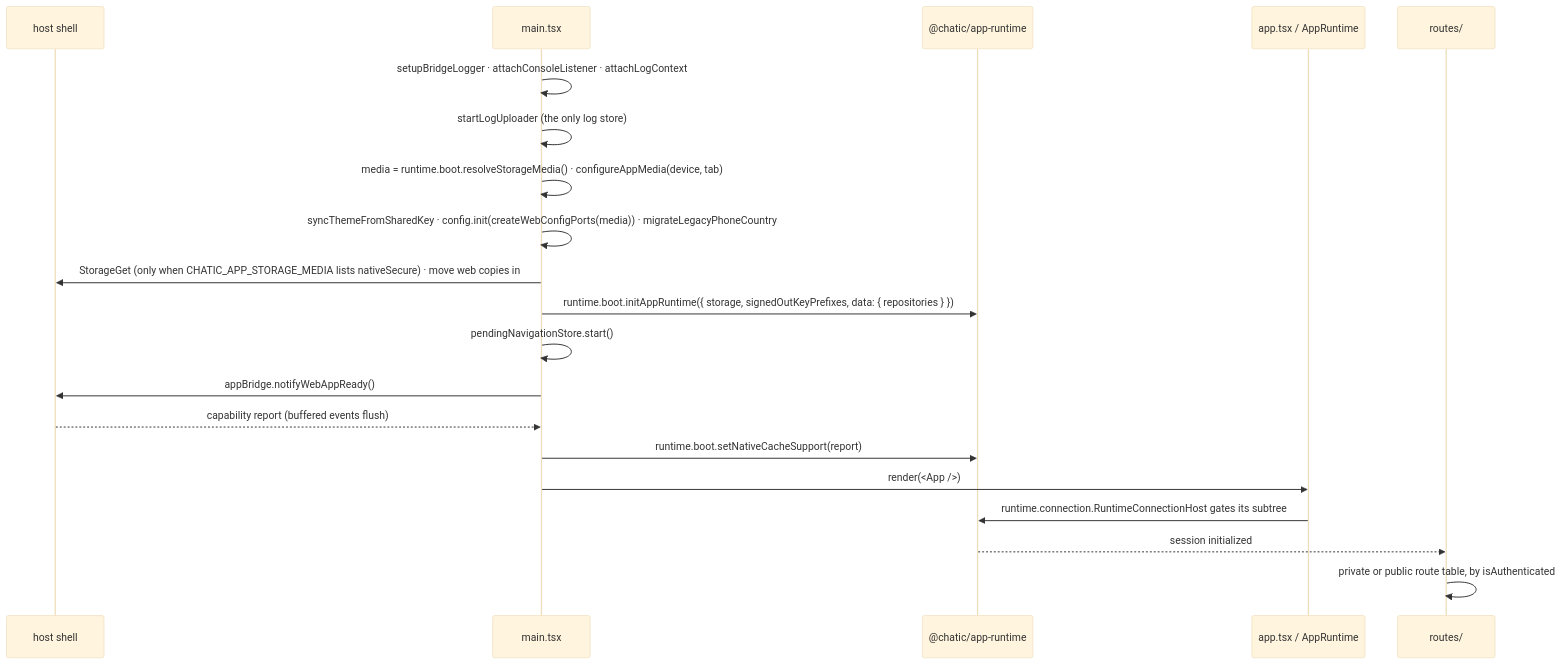
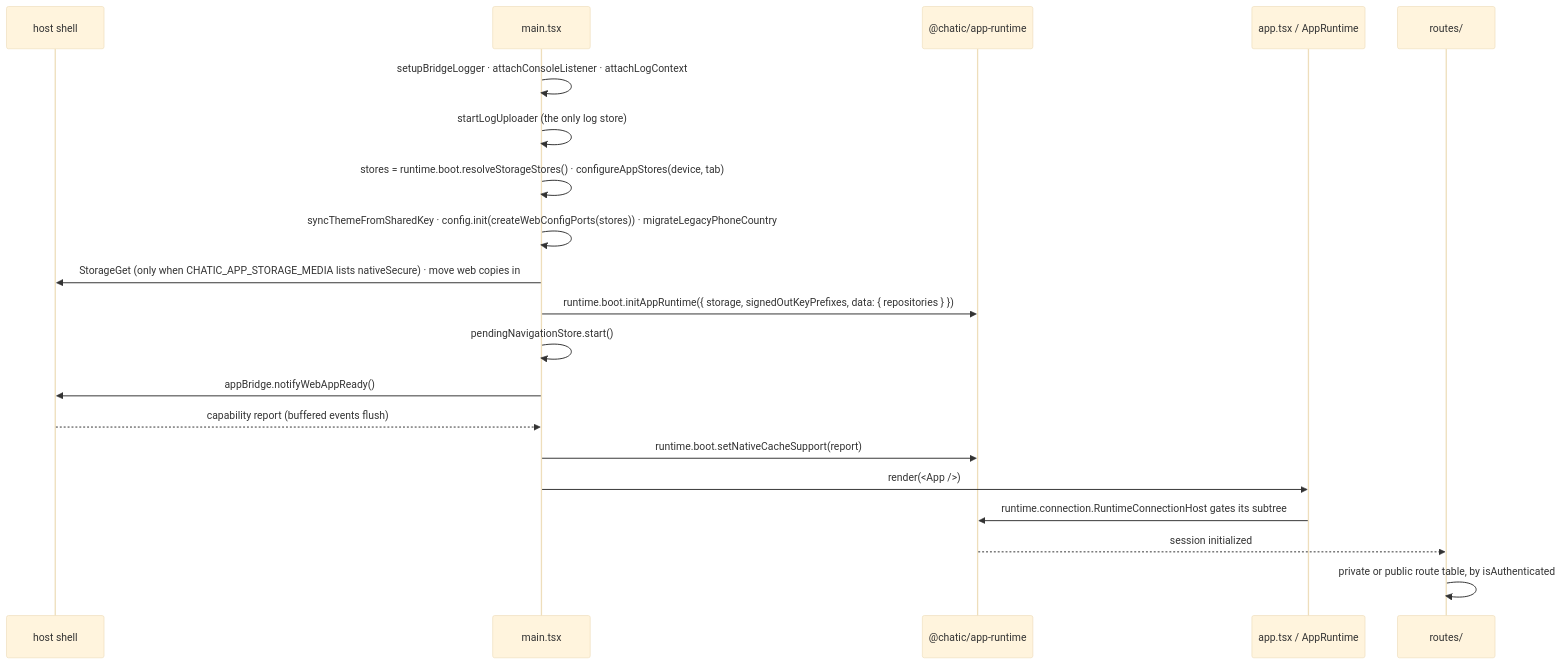
The second of 2 diagrams in apps/web/README.md (lemoncloud-io/dou-app), drawn with Mermaid (base theme) before and after one commit. The commit also changed other lines of this file and 158 other files, not shown here.

First line of the commit message:
refactor(storage): call the key-value backings stores, not media

````diff
--- a/apps/web/README.md
+++ b/apps/web/README.md
@@ -146,23 +146,23 @@
 ```mermaid
 sequenceDiagram
     participant Shell as host shell
     participant Main as main.tsx
     participant RT as @chatic/app-runtime
     participant App as app.tsx / AppRuntime
     participant Router as routes/
 
     Main->>Main: setupBridgeLogger · attachConsoleListener · attachLogContext
     Main->>Main: startLogUploader (the only log store)
-    Main->>Main: media = runtime.boot.resolveStorageMedia() · configureAppMedia(device, tab)
-    Main->>Main: syncThemeFromSharedKey · config.init(createWebConfigPorts(media)) · migrateLegacyPhoneCountry
+    Main->>Main: stores = runtime.boot.resolveStorageStores() · configureAppStores(device, tab)
+    Main->>Main: syncThemeFromSharedKey · config.init(createWebConfigPorts(stores)) · migrateLegacyPhoneCountry
     Main->>Shell: StorageGet (only when CHATIC_APP_STORAGE_MEDIA lists nativeSecure) · move web copies in
     Main->>RT: runtime.boot.initAppRuntime({ storage, signedOutKeyPrefixes, data: { repositories } })
     Main->>Main: pendingNavigationStore.start()
     Main->>Shell: appBridge.notifyWebAppReady()
     Shell-->>Main: capability report (buffered events flush)
     Main->>RT: runtime.boot.setNativeCacheSupport(report)
     Main->>App: render(<App />)
     App->>RT: runtime.connection.RuntimeConnectionHost gates its subtree
     RT-->>Router: session initialized
     Router->>Router: private or public route table, by isAuthenticated
 ```
````
